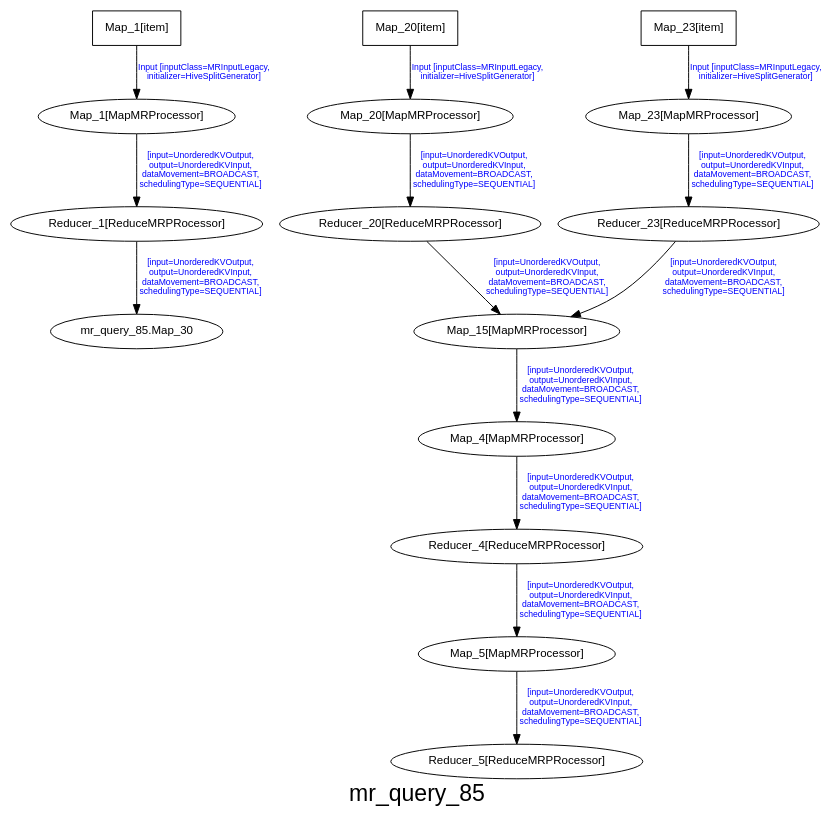
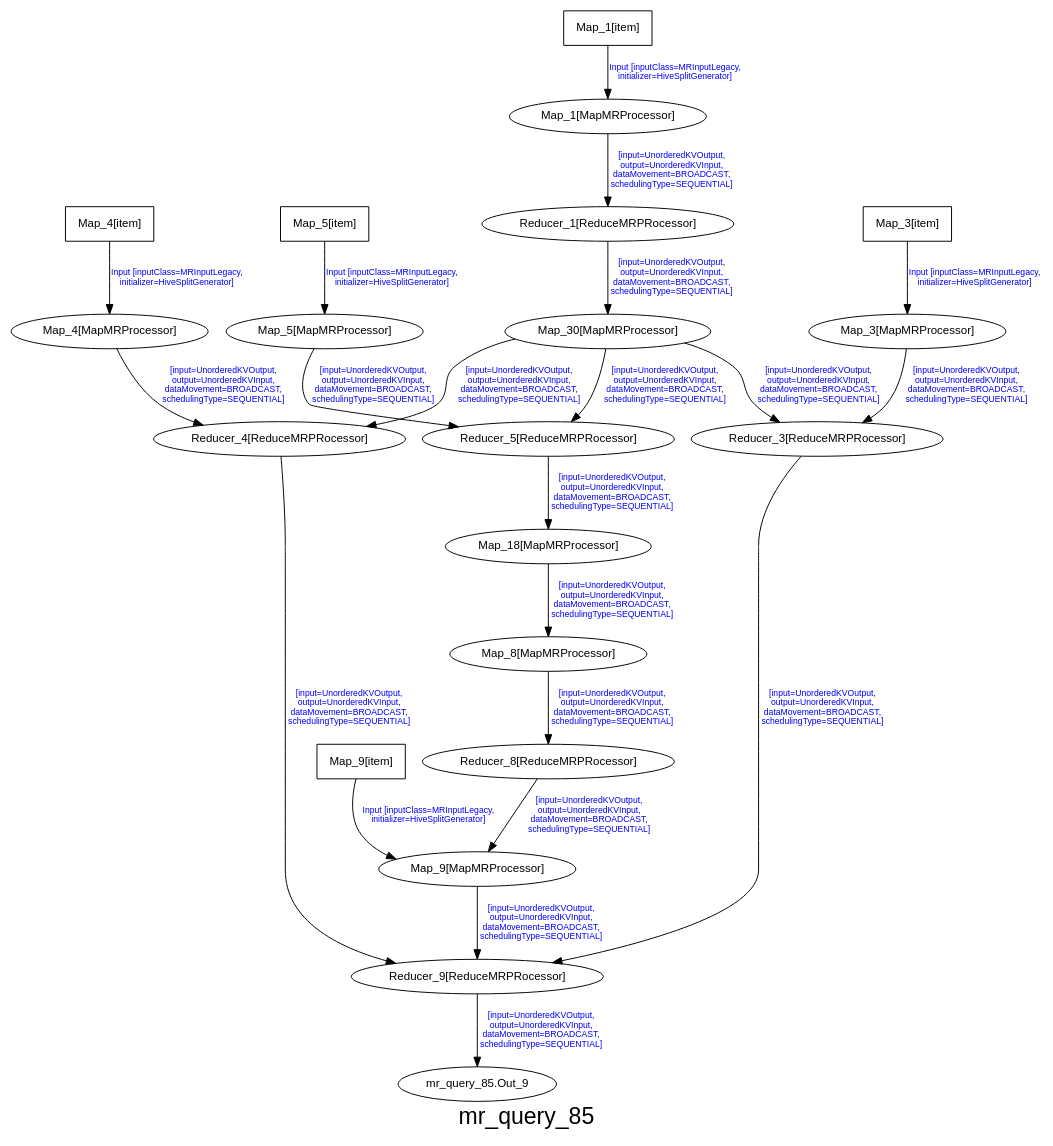
The diagram in partA/new_hdfs_logs/dot/dag_mr_query85.dot (sherlockwu/744_big_data_system), drawn with Graphviz before and after one commit. The commit also changed 2 other files, not shown here.

```diff
--- a/partA/new_hdfs_logs/dot/dag_mr_query85.dot
+++ b/partA/new_hdfs_logs/dot/dag_mr_query85.dot
@@ -1,38 +1,54 @@
 digraph mr_query_85 {
 graph [ label="mr_query_85", fontsize=24, fontname=Helvetica];
 node [fontsize=12, fontname=Helvetica];
 edge [fontsize=9, fontcolor=blue, fontname=Arial];
 "mr_query_85.Map_1_item" [ label = "Map_1[item]", shape = "box" ];
 "mr_query_85.Map_1_item" -> "mr_query_85.Map_1" [ label = "Input [inputClass=MRInputLegacy,\n initializer=HiveSplitGenerator]" ];
 "mr_query_85.Map_1" [ label = "Map_1[MapMRProcessor]"]
 "mr_query_85.Map_1" -> "mr_query_85.Reducer_1" [ label = "[input=UnorderedKVOutput,\n output=UnorderedKVInput,\n dataMovement=BROADCAST,\n schedulingType=SEQUENTIAL]" ];
 "mr_query_85.Reducer_1" [label = "Reducer_1[ReduceMRPRocessor]"]
 "mr_query_85.Reducer_1" -> "mr_query_85.Map_30" [ label = "[input=UnorderedKVOutput,\n output=UnorderedKVInput,\n dataMovement=BROADCAST,\n schedulingType=SEQUENTIAL]" ];
 
-"mr_query_85.Map_20_item" [ label = "Map_20[item]", shape = "box" ];
-"mr_query_85.Map_20_item" -> "mr_query_85.Map_20" [ label = "Input [inputClass=MRInputLegacy,\n initializer=HiveSplitGenerator]" ];
-"mr_query_85.Map_20" [ label = "Map_20[MapMRProcessor]"]
-"mr_query_85.Map_20" -> "mr_query_85.Reducer_20" [ label = "[input=UnorderedKVOutput,\n output=UnorderedKVInput,\n dataMovement=BROADCAST,\n schedulingType=SEQUENTIAL]" ];
-"mr_query_85.Reducer_20" [label = "Reducer_20[ReduceMRPRocessor]"]
-"mr_query_85.Reducer_20" -> "mr_query_85.Map_15" [ label = "[input=UnorderedKVOutput,\n output=UnorderedKVInput,\n dataMovement=BROADCAST,\n schedulingType=SEQUENTIAL]" ];
+"mr_query_85.Map_30" [ label = "Map_30[MapMRProcessor]"]
+"mr_query_85.Map_30" -> "mr_query_85.Reducer_4" [ label = "[input=UnorderedKVOutput,\n output=UnorderedKVInput,\n dataMovement=BROADCAST,\n schedulingType=SEQUENTIAL]" ];
+"mr_query_85.Map_30" -> "mr_query_85.Reducer_3" [ label = "[input=UnorderedKVOutput,\n output=UnorderedKVInput,\n dataMovement=BROADCAST,\n schedulingType=SEQUENTIAL]" ];
+"mr_query_85.Map_30" -> "mr_query_85.Reducer_5" [ label = "[input=UnorderedKVOutput,\n output=UnorderedKVInput,\n dataMovement=BROADCAST,\n schedulingType=SEQUENTIAL]" ];
 
-"mr_query_85.Map_23_item" [ label = "Map_23[item]", shape = "box" ];
-"mr_query_85.Map_23_item" -> "mr_query_85.Map_23" [ label = "Input [inputClass=MRInputLegacy,\n initializer=HiveSplitGenerator]" ];
-"mr_query_85.Map_23" [ label = "Map_23[MapMRProcessor]"]
-"mr_query_85.Map_23" -> "mr_query_85.Reducer_23" [ label = "[input=UnorderedKVOutput,\n output=UnorderedKVInput,\n dataMovement=BROADCAST,\n schedulingType=SEQUENTIAL]" ];
-"mr_query_85.Reducer_23" [label = "Reducer_23[ReduceMRPRocessor]"]
-"mr_query_85.Reducer_23" -> "mr_query_85.Map_15" [ label = "[input=UnorderedKVOutput,\n output=UnorderedKVInput,\n dataMovement=BROADCAST,\n schedulingType=SEQUENTIAL]" ];
-
-"mr_query_85.Map_15" [ label = "Map_15[MapMRProcessor]" ];
-"mr_query_85.Map_15" -> "mr_query_85.Map_4" [ label = "[input=UnorderedKVOutput,\n output=UnorderedKVInput,\n dataMovement=BROADCAST,\n schedulingType=SEQUENTIAL]" ];
-
+"mr_query_85.Map_4_item" [ label = "Map_4[item]", shape = "box" ];
+"mr_query_85.Map_4_item" -> "mr_query_85.Map_4" [ label = "Input [inputClass=MRInputLegacy,\n initializer=HiveSplitGenerator]" ];
 "mr_query_85.Map_4" [ label = "Map_4[MapMRProcessor]"]
 "mr_query_85.Map_4" -> "mr_query_85.Reducer_4" [ label = "[input=UnorderedKVOutput,\n output=UnorderedKVInput,\n dataMovement=BROADCAST,\n schedulingType=SEQUENTIAL]" ];
 "mr_query_85.Reducer_4" [label = "Reducer_4[ReduceMRPRocessor]"]
-"mr_query_85.Reducer_4" -> "mr_query_85.Map_5" [ label = "[input=UnorderedKVOutput,\n output=UnorderedKVInput,\n dataMovement=BROADCAST,\n schedulingType=SEQUENTIAL]" ];
+"mr_query_85.Reducer_4" -> "mr_query_85.Reducer_9" [ label = "[input=UnorderedKVOutput,\n output=UnorderedKVInput,\n dataMovement=BROADCAST,\n schedulingType=SEQUENTIAL]" ];
 
+"mr_query_85.Map_3_item" [ label = "Map_3[item]", shape = "box" ];
+"mr_query_85.Map_3_item" -> "mr_query_85.Map_3" [ label = "Input [inputClass=MRInputLegacy,\n initializer=HiveSplitGenerator]" ];
+"mr_query_85.Map_3" [ label = "Map_3[MapMRProcessor]"]
+"mr_query_85.Map_3" -> "mr_query_85.Reducer_3" [ label = "[input=UnorderedKVOutput,\n output=UnorderedKVInput,\n dataMovement=BROADCAST,\n schedulingType=SEQUENTIAL]" ];
+"mr_query_85.Reducer_3" [label = "Reducer_3[ReduceMRPRocessor]"]
+"mr_query_85.Reducer_3" -> "mr_query_85.Reducer_9" [ label = "[input=UnorderedKVOutput,\n output=UnorderedKVInput,\n dataMovement=BROADCAST,\n schedulingType=SEQUENTIAL]" ];
+
+"mr_query_85.Map_5_item" [ label = "Map_5[item]", shape = "box" ];
+"mr_query_85.Map_5_item" -> "mr_query_85.Map_5" [ label = "Input [inputClass=MRInputLegacy,\n initializer=HiveSplitGenerator]" ];
 "mr_query_85.Map_5" [ label = "Map_5[MapMRProcessor]"]
 "mr_query_85.Map_5" -> "mr_query_85.Reducer_5" [ label = "[input=UnorderedKVOutput,\n output=UnorderedKVInput,\n dataMovement=BROADCAST,\n schedulingType=SEQUENTIAL]" ];
 "mr_query_85.Reducer_5" [label = "Reducer_5[ReduceMRPRocessor]"]
+"mr_query_85.Reducer_5" -> "mr_query_85.Map_18" [ label = "[input=UnorderedKVOutput,\n output=UnorderedKVInput,\n dataMovement=BROADCAST,\n schedulingType=SEQUENTIAL]" ];
+
+
+"mr_query_85.Map_18" [ label = "Map_18[MapMRProcessor]"]
+"mr_query_85.Map_18" -> "mr_query_85.Map_8" [ label = "[input=UnorderedKVOutput,\n output=UnorderedKVInput,\n dataMovement=BROADCAST,\n schedulingType=SEQUENTIAL]" ];
+
+"mr_query_85.Map_8" [ label = "Map_8[MapMRProcessor]"]
+"mr_query_85.Map_8" -> "mr_query_85.Reducer_8" [ label = "[input=UnorderedKVOutput,\n output=UnorderedKVInput,\n dataMovement=BROADCAST,\n schedulingType=SEQUENTIAL]" ];
+"mr_query_85.Reducer_8" [label = "Reducer_8[ReduceMRPRocessor]"]
+"mr_query_85.Reducer_8" -> "mr_query_85.Map_9" [ label = "[input=UnorderedKVOutput,\n output=UnorderedKVInput,\n dataMovement=BROADCAST,\n schedulingType=SEQUENTIAL]" ];
+
+"mr_query_85.Map_9_item" [ label = "Map_9[item]", shape = "box" ];
+"mr_query_85.Map_9_item" -> "mr_query_85.Map_9" [ label = "Input [inputClass=MRInputLegacy,\n initializer=HiveSplitGenerator]" ];
+"mr_query_85.Map_9" [ label = "Map_9[MapMRProcessor]"]
+"mr_query_85.Map_9" -> "mr_query_85.Reducer_9" [ label = "[input=UnorderedKVOutput,\n output=UnorderedKVInput,\n dataMovement=BROADCAST,\n schedulingType=SEQUENTIAL]" ];
+"mr_query_85.Reducer_9" [label = "Reducer_9[ReduceMRPRocessor]"]
+"mr_query_85.Reducer_9" -> "mr_query_85.Out_9" [ label = "[input=UnorderedKVOutput,\n output=UnorderedKVInput,\n dataMovement=BROADCAST,\n schedulingType=SEQUENTIAL]" ];
 
 }
```
